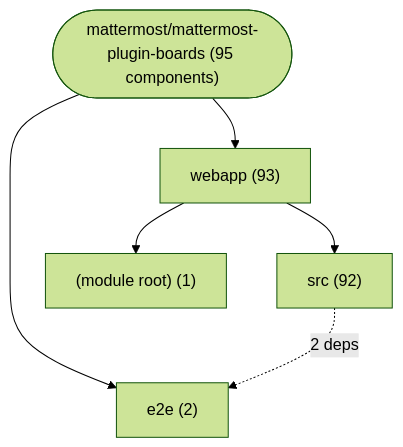
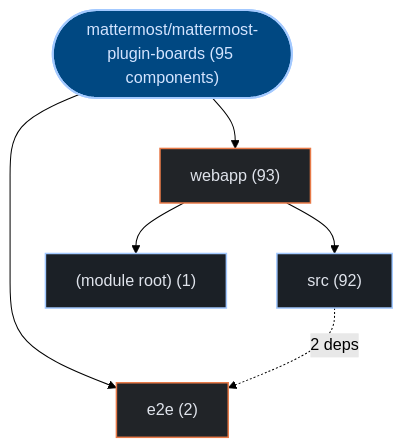
One commit to kumarshaz/atruss-code-atlas changed the first of 3 diagrams in exports/latest/reports/mattermost-mattermost-plugin-boards-report.md. Above: the diagram before and after it, drawn with Mermaid (forest theme). The commit also changed other lines of this file and 331 other files, not shown here.

Commit message:
docs,ui,fix: update SDLC docs, reorder CI/CD DAG first, stylize Mermaid, and fix Arc42 pipeline topology

````diff
--- a/exports/latest/reports/mattermost-mattermost-plugin-boards-report.md
+++ b/exports/latest/reports/mattermost-mattermost-plugin-boards-report.md
@@ -42,13 +42,20 @@
 ```mermaid
 graph TD;
-    repo_root(["mattermost/mattermost-plugin-boards (95 components)"])
-    dir_0_webapp["webapp (93)"]
+  classDef atlasRoot fill:#004882,stroke:#a3c9ff,stroke-width:2px,color:#d3e4ff
+  classDef atlasCategory fill:#212428,stroke:#E87A48,stroke-width:1.5px,color:#dfe3eb
+  classDef atlasWorkflow fill:#1b2026,stroke:#a3c9ff,stroke-width:1.5px,color:#dfe3eb
+  classDef atlasJob fill:#171c22,stroke:#8d9199,stroke-width:1px,color:#dfe3eb
+  classDef atlasTarget fill:#005227,stroke:#8bd99b,stroke-width:1.5px,color:#a7f6b6
+  classDef atlasAlert fill:#93000a,stroke:#ffb4ab,stroke-width:1.5px,color:#ffdad6
+  classDef atlasMore fill:#252a31,stroke:#8d9199,stroke-dasharray:4 4,color:#c3c6cf
+    repo_root(["mattermost/mattermost-plugin-boards (95 components)"]):::atlasRoot
+    dir_0_webapp["webapp (93)"]:::atlasCategory
     repo_root --> dir_0_webapp
-    sub_0_0_src["src (92)"]
+    sub_0_0_src["src (92)"]:::atlasWorkflow
     dir_0_webapp --> sub_0_0_src
-    sub_0_1__module_root_["(module root) (1)"]
+    sub_0_1__module_root_["(module root) (1)"]:::atlasWorkflow
     dir_0_webapp --> sub_0_1__module_root_
-    dir_1_e2e["e2e (2)"]
+    dir_1_e2e["e2e (2)"]:::atlasCategory
     repo_root --> dir_1_e2e
     sub_0_0_src -.->|"2 deps"| dir_1_e2e
 ```
````
